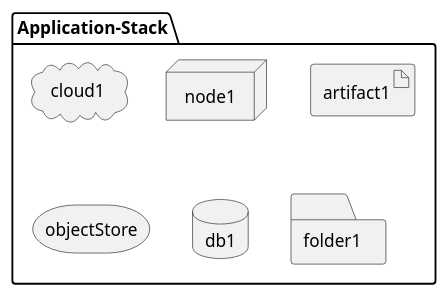
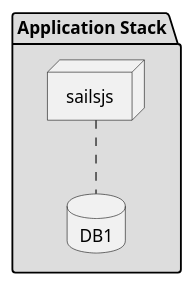
The diagram in docs/Solution/Application-Stack/Deployment.puml (CAADE/fleet), drawn with PlantUML before and after one commit. The commit also changed 44 other files, not shown here.

Commit message:
Document Application Stack

```diff
--- a/docs/Solution/Application-Stack/Deployment.puml
+++ b/docs/Solution/Application-Stack/Deployment.puml
@@ -1,12 +1,10 @@
 @startuml
 
-package  "Application-Stack" {
-  cloud cloud1
-  node node1
-  artifact artifact1
-  storage objectStore
-  database db1
-  folder folder1
+package  "Application Stack" #dddddd {
+  node sailsjs
+  database DB1
+
+  sailsjs .. DB1
 }
 
 @enduml
```
